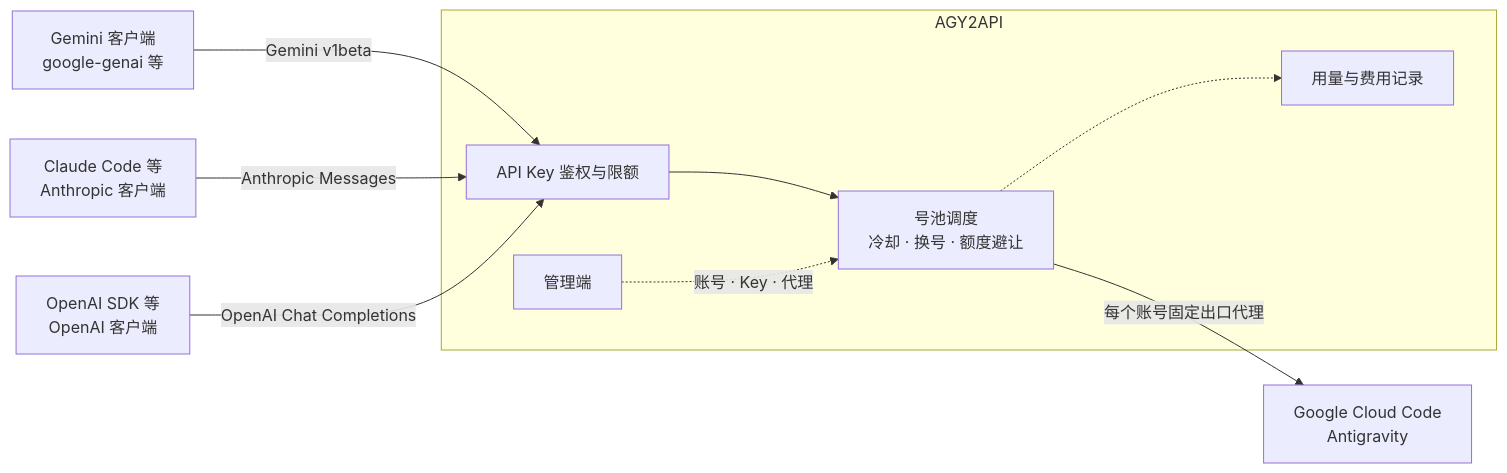
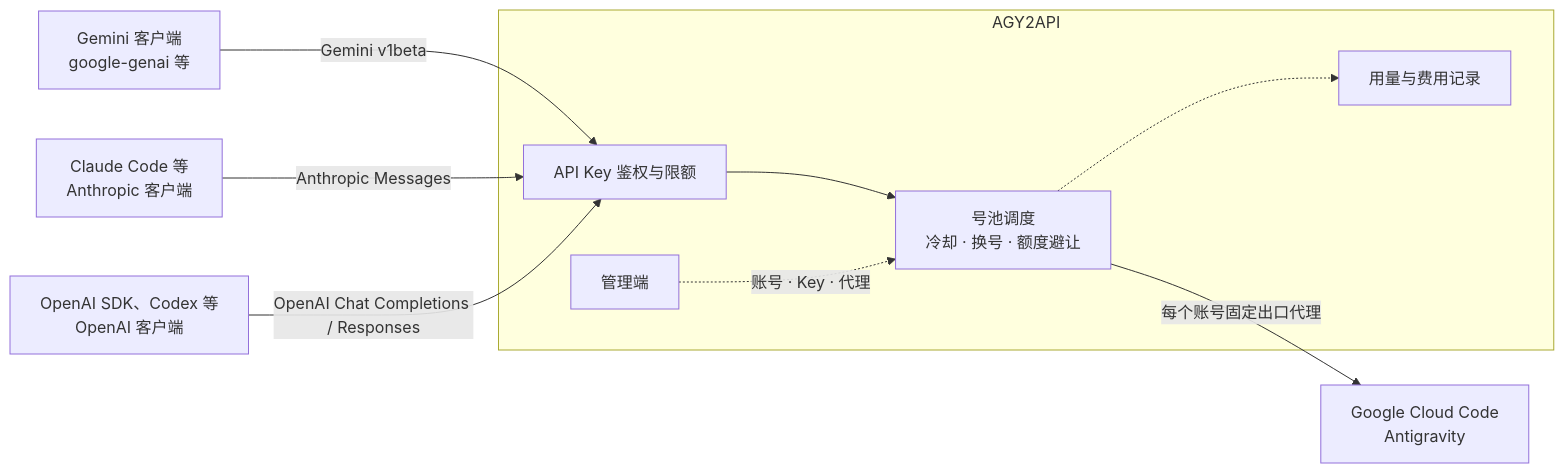
Before and after one commit to shiceai/agy2api: the diagram in README.md, drawn with Mermaid. The commit also changed other lines of this file and 26 other files, not shown here.

First line of the commit message:
feat(openai): add OpenAI Responses inbound

````diff
--- a/README.md
+++ b/README.md
@@ -47,12 +47,12 @@
 ```mermaid
 flowchart LR
     client["Gemini 客户端<br/>google-genai 等"] -->|Gemini v1beta| auth
     claude["Claude Code 等<br/>Anthropic 客户端"] -->|Anthropic Messages| auth
-    openai["OpenAI SDK 等<br/>OpenAI 客户端"] -->|OpenAI Chat Completions| auth
+    openai["OpenAI SDK、Codex 等<br/>OpenAI 客户端"] -->|OpenAI Chat Completions / Responses| auth
     subgraph gw["AGY2API"]
         auth["API Key 鉴权与限额"] --> pool["号池调度<br/>冷却 · 换号 · 额度避让"]
         pool -.-> usage["用量与费用记录"]
         admin["管理端"] -.->|账号 · Key · 代理| pool
     end
     pool -->|每个账号固定出口代理| cc["Google Cloud Code<br/>Antigravity"]
 ```
````
